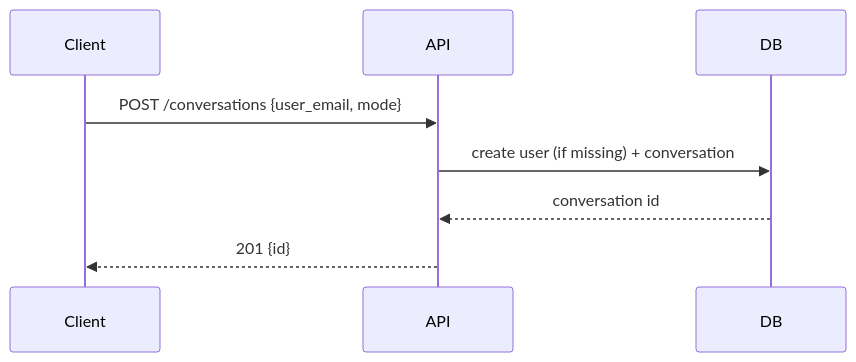
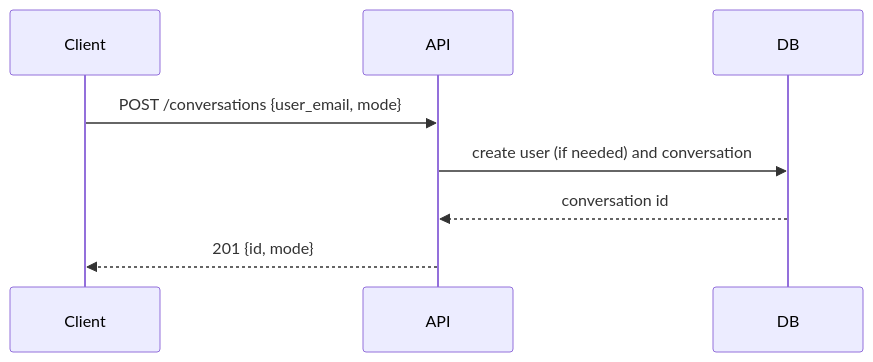
The third of 4 diagrams in README.md (Rishabh1106/test-repo), drawn with Mermaid before and after one commit. The commit also changed other lines of this file, not shown here.

First line of the commit message:
Revise README for project title and API details

````diff
--- a/README.md
+++ b/README.md
@@ -85,11 +91,11 @@
 ```mermaid
 sequenceDiagram
   participant Client
   participant API
   participant DB
 
   Client->>API: POST /conversations {user_email, mode}
-  API->>DB: create user (if missing) + conversation
+  API->>DB: create user (if needed) and conversation
   DB-->>API: conversation id
-  API-->>Client: 201 {id}
+  API-->>Client: 201 {id, mode}
 ```
````
